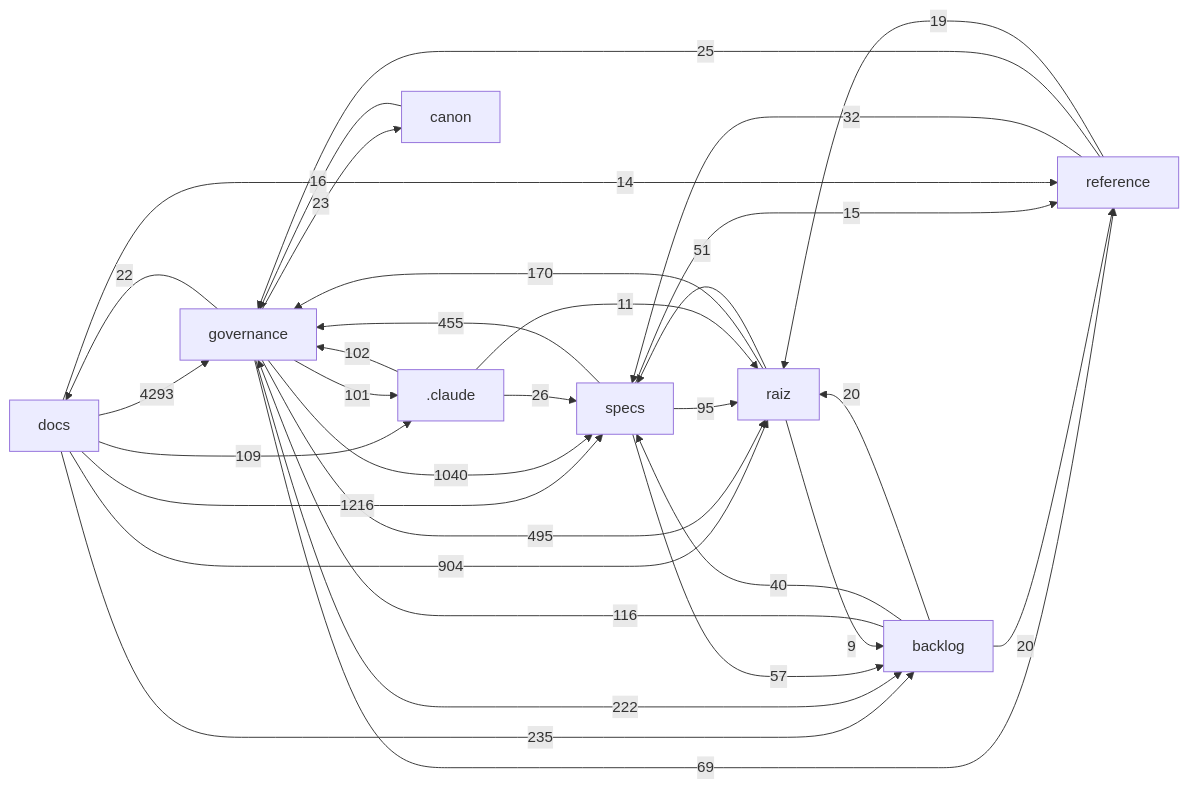
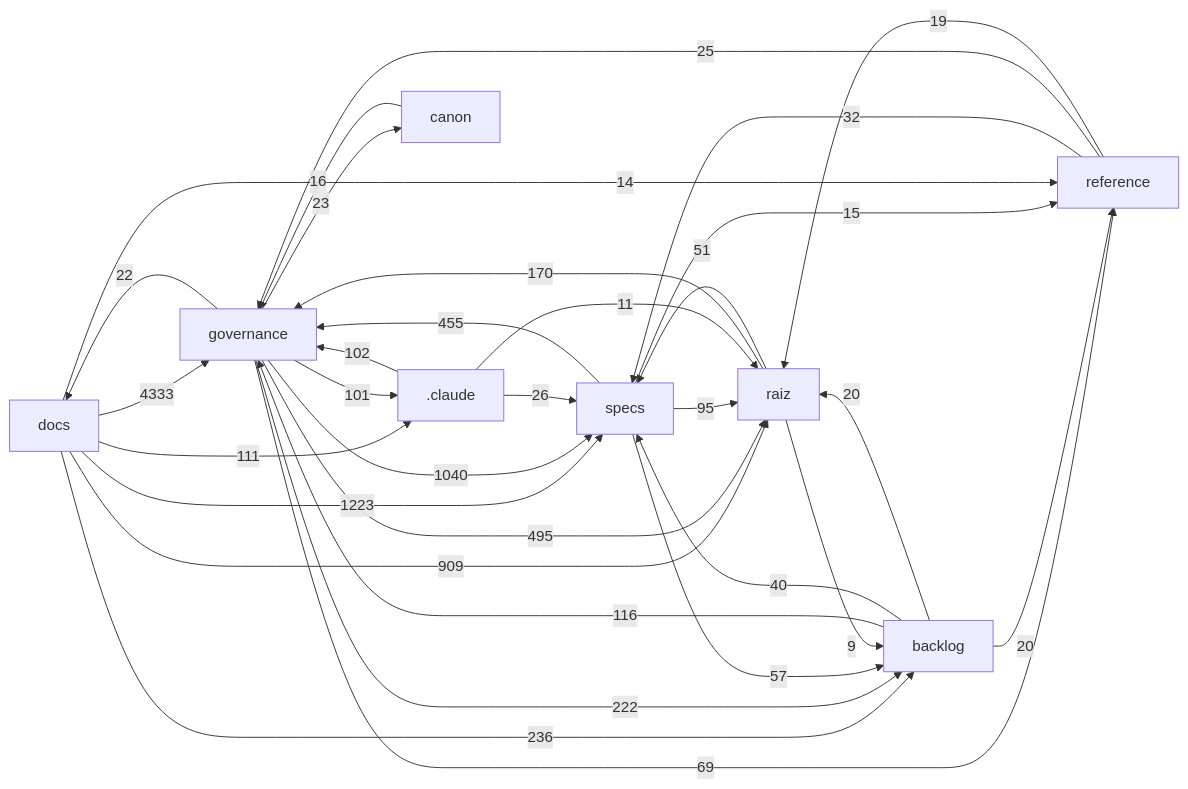
Before and after one commit to Andraus35/Sistema-Operacional-de-Trading--SOT: the diagram in docs/mapa/MAPA-PROJETO.md, drawn with Mermaid. The commit also changed other lines of this file and 2 other files, not shown here.

````diff
--- a/docs/mapa/MAPA-PROJETO.md
+++ b/docs/mapa/MAPA-PROJETO.md
@@ -29,34 +29,34 @@
 ```mermaid
 flowchart LR
-  docs["docs"] -->|4293| governance["governance"]
-  docs["docs"] -->|1216| specs["specs"]
+  docs["docs"] -->|4333| governance["governance"]
+  docs["docs"] -->|1223| specs["specs"]
   governance["governance"] -->|1040| specs["specs"]
-  docs["docs"] -->|904| raiz["raiz"]
+  docs["docs"] -->|909| raiz["raiz"]
   governance["governance"] -->|495| raiz["raiz"]
   specs["specs"] -->|455| governance["governance"]
-  docs["docs"] -->|235| backlog["backlog"]
+  docs["docs"] -->|236| backlog["backlog"]
   governance["governance"] -->|222| backlog["backlog"]
   raiz["raiz"] -->|170| governance["governance"]
   backlog["backlog"] -->|116| governance["governance"]
-  docs["docs"] -->|109| _claude[".claude"]
+  docs["docs"] -->|111| _claude[".claude"]
   _claude[".claude"] -->|102| governance["governance"]
   governance["governance"] -->|101| _claude[".claude"]
   specs["specs"] -->|95| raiz["raiz"]
   governance["governance"] -->|69| reference["reference"]
   specs["specs"] -->|57| backlog["backlog"]
   raiz["raiz"] -->|51| specs["specs"]
   backlog["backlog"] -->|40| specs["specs"]
   reference["reference"] -->|32| specs["specs"]
   _claude[".claude"] -->|26| specs["specs"]
   reference["reference"] -->|25| governance["governance"]
   governance["governance"] -->|23| canon["canon"]
   governance["governance"] -->|22| docs["docs"]
   backlog["backlog"] -->|20| raiz["raiz"]
   backlog["backlog"] -->|20| reference["reference"]
   reference["reference"] -->|19| raiz["raiz"]
   canon["canon"] -->|16| governance["governance"]
   specs["specs"] -->|15| reference["reference"]
   docs["docs"] -->|14| reference["reference"]
   _claude[".claude"] -->|11| raiz["raiz"]
   raiz["raiz"] -->|9| backlog["backlog"]
 ```
````
